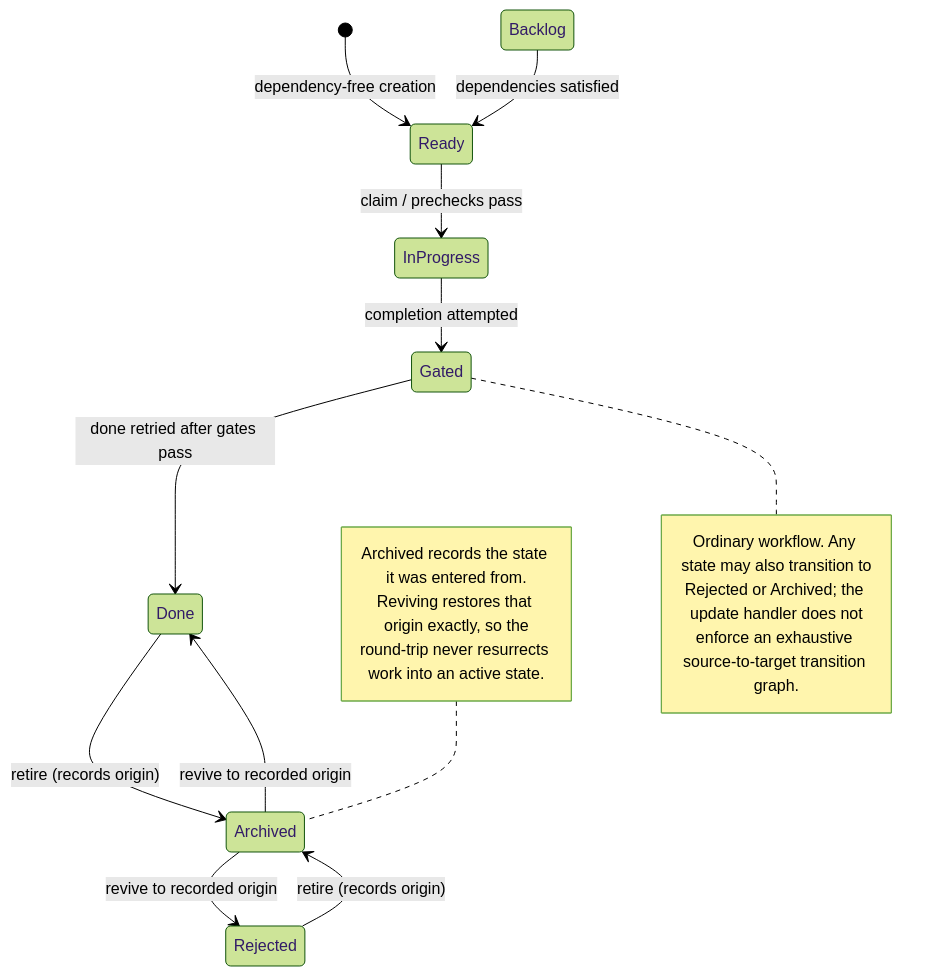
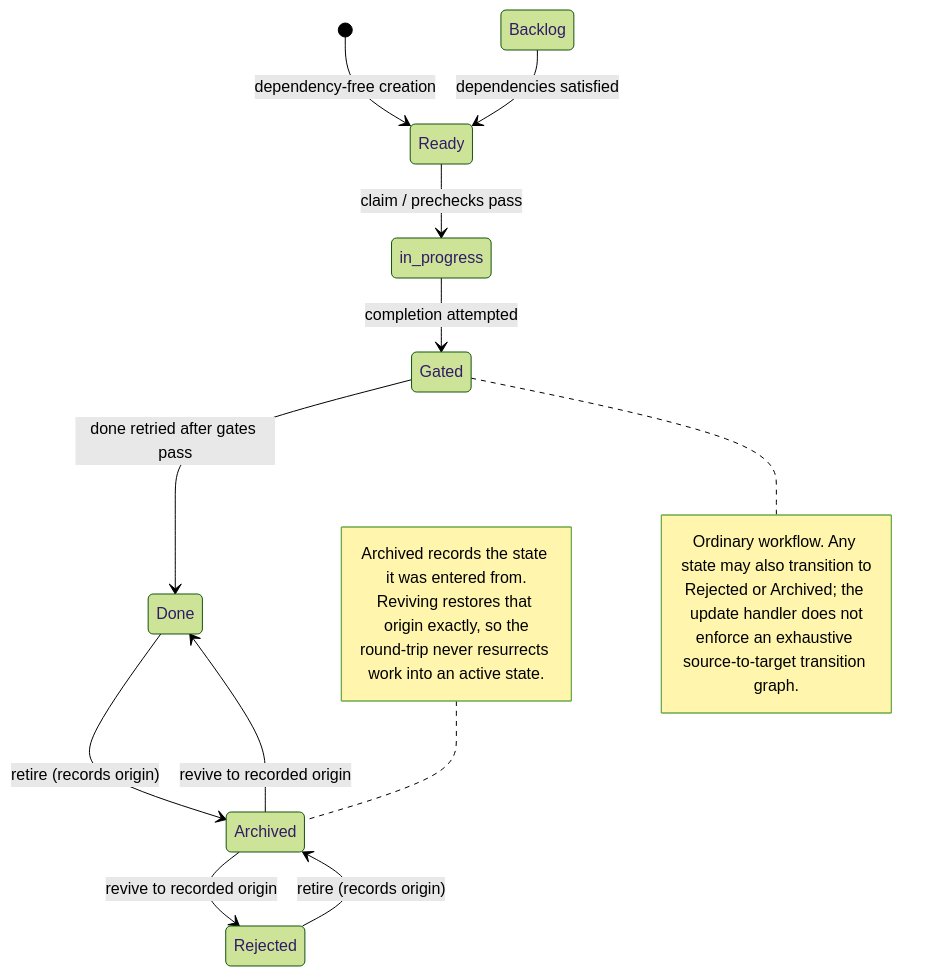
One commit to erankavija/just-in-time changed the seventh of 9 diagrams in docs/concepts/core-model.md. Above: the diagram before and after it, drawn with Mermaid (forest theme). The commit also changed other lines of this file and 26 other files, not shown here.

````diff
--- a/docs/concepts/core-model.md
+++ b/docs/concepts/core-model.md
@@ -744,22 +744,22 @@
 ```mermaid
 stateDiagram-v2
     [*] --> Ready: dependency-free creation
     Backlog --> Ready: dependencies satisfied
-    Ready --> InProgress: claim / prechecks pass
-    InProgress --> Gated: completion attempted
+    Ready --> in_progress: claim / prechecks pass
+    in_progress --> Gated: completion attempted
     Gated --> Done: done retried after gates pass
     Done --> Archived: retire (records origin)
     Rejected --> Archived: retire (records origin)
     Archived --> Done: revive to recorded origin
     Archived --> Rejected: revive to recorded origin
     note right of Gated
         Ordinary workflow. Any state may also transition to
         Rejected or Archived; the update handler does not
         enforce an exhaustive source-to-target transition graph.
     end note
     note left of Archived
         Archived records the state it was entered from.
         Reviving restores that origin exactly, so the
         round-trip never resurrects work into an active state.
     end note
 ```
````
